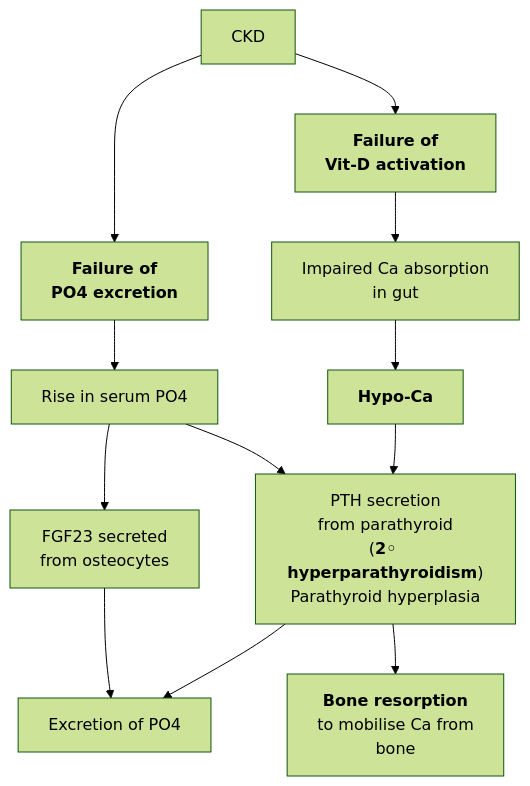
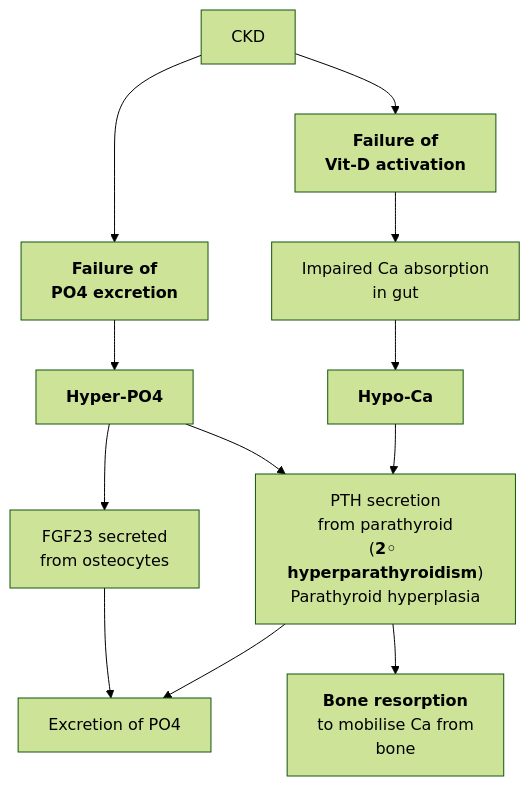
One commit to susmit31/MedNotes changed the diagram in code/mermaid/ckd-osteo.mmd. Above: the diagram before and after it, drawn with Mermaid (forest theme). The commit also changed 5 other files, not shown here.

```diff
--- a/code/mermaid/ckd-osteo.mmd
+++ b/code/mermaid/ckd-osteo.mmd
@@ -1,8 +1,8 @@
 graph TB
     a[CKD]-->b[<b>Failure of <br>PO4 excretion]
     a-->c[<b>Failure of<br>Vit-D activation]
-    b-->d[Rise in serum PO4]
+    b-->d[<b>Hyper-PO4</b>]
     d-->e[FGF23 secreted<br>from osteocytes]
     d-->f["PTH secretion<br>from parathyroid<br>(<b>2◦ hyperparathyroidism</b>)<br>Parathyroid hyperplasia"]
     e & f-->g[Excretion of PO4]
     c-->h[Impaired Ca absorption<br>in gut]-->i[<b>Hypo-Ca]-->f-->j[<b>Bone resorption</b><br>to mobilise Ca from<br>bone]
```
